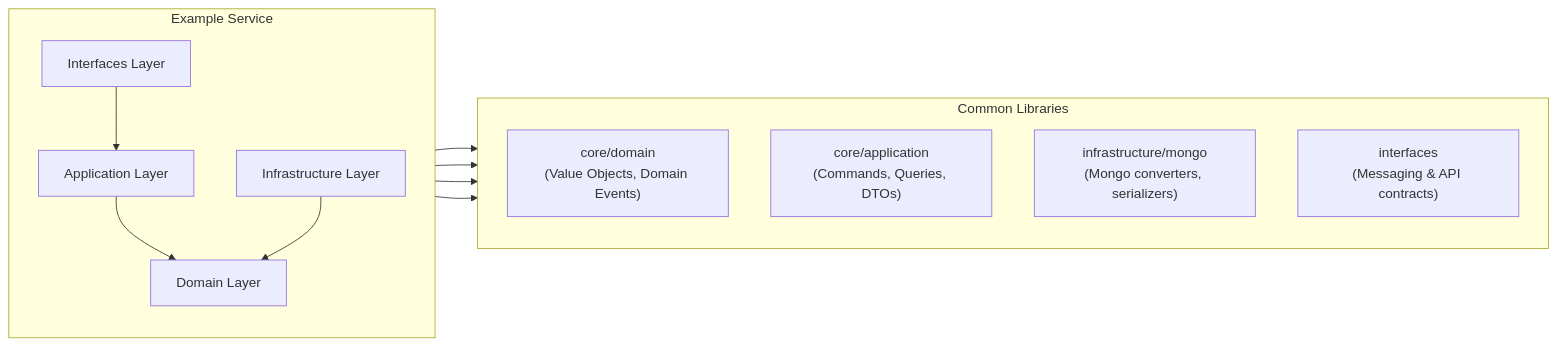
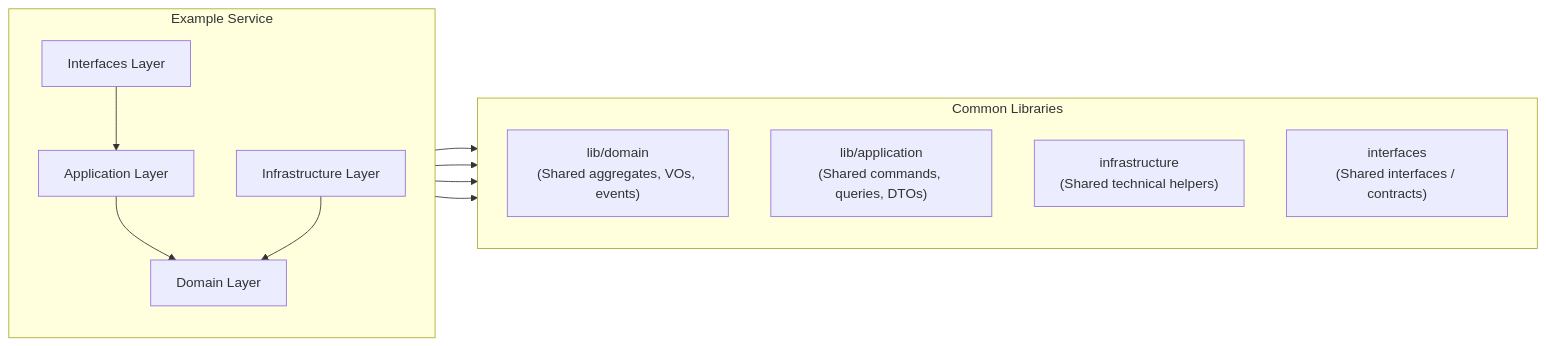
One commit to xankremi/quincunx changed the diagram in docs/libraries-style-guide.md. Above: the diagram before and after it, drawn with Mermaid. The commit also changed other lines of this file, not shown here.

````diff
--- a/docs/libraries-style-guide.md
+++ b/docs/libraries-style-guide.md
@@ -94,26 +61,26 @@
 ```mermaid
 flowchart LR
 subgraph Libs[Common Libraries]
 direction TB
-CoreDomain["core/domain\n(Value Objects, Domain Events)"]
-CoreApp["core/application\n(Commands, Queries, DTOs)"]
-InfraMongo["infrastructure/mongo\n(Mongo converters, serializers)"]
-Interfaces["interfaces\n(Messaging & API contracts)"]
+CoreDomain["lib/domain\n(Shared aggregates, VOs, events)"]
+CoreApp["lib/application\n(Shared commands, queries, DTOs)"]
+InfraMongo["infrastructure\n(Shared technical helpers)"]
+Interfaces["interfaces\n(Shared interfaces / contracts)"]
 end
 
     subgraph Service[Example Service]
         direction TB
         Domain["Domain Layer"]
         Application["Application Layer"]
         Infra["Infrastructure Layer"]
         InterfacesSvc["Interfaces Layer"]
     end
 
     Domain --> CoreDomain
     Application --> CoreApp
     Infra --> InfraMongo
     InterfacesSvc --> Interfaces
     Application --> Domain
     Infra --> Domain
     InterfacesSvc --> Application
 ```
````
